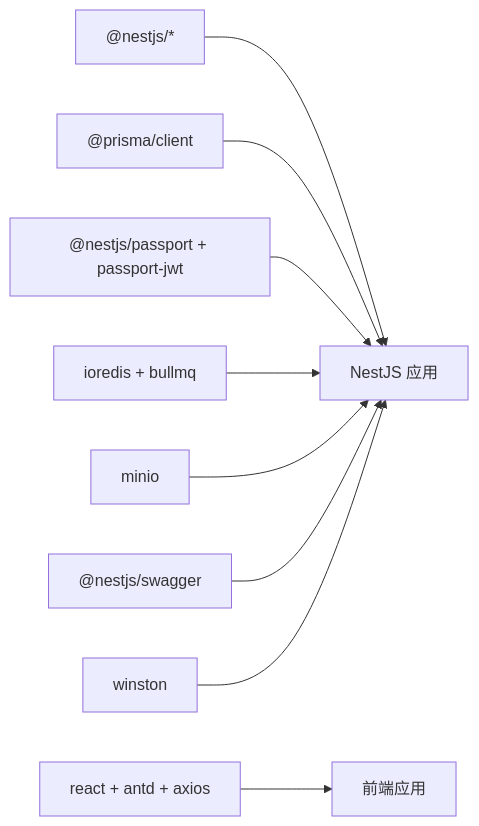
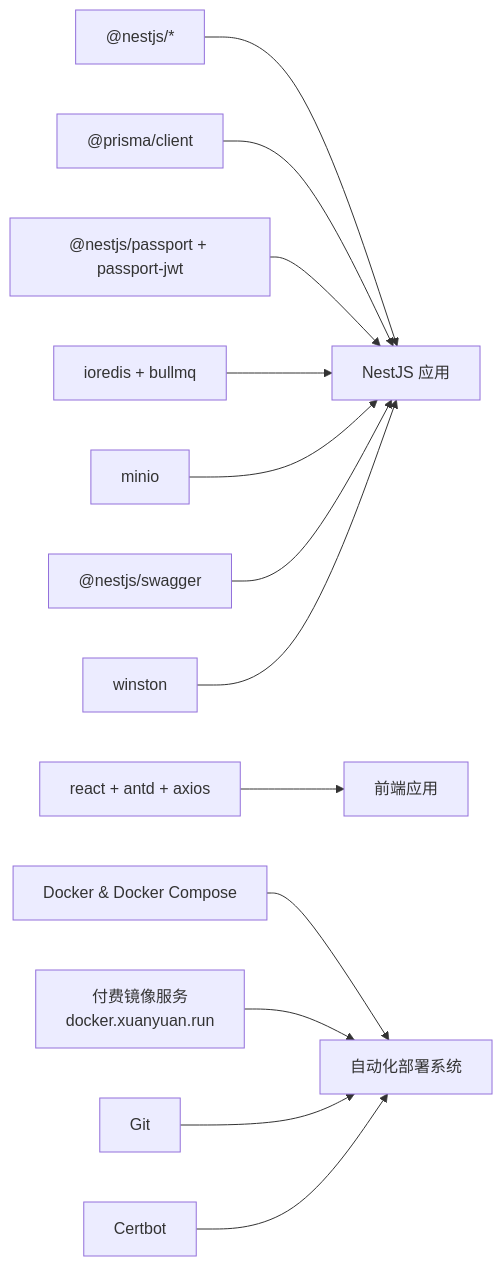
Diagram 15 of 15 in .qoder/repowiki/zh/content/部署运维.md (LouisFantansy/Budget_Mgt_Enterprise), drawn with Mermaid before and after one commit. The commit also changed other lines of this file and 10 other files, not shown here.

````diff
--- a/.qoder/repowiki/zh/content/部署运维.md
+++ b/.qoder/repowiki/zh/content/部署运维.md
@@ -440,11 +722,15 @@
 ```mermaid
 graph LR
 NEST["@nestjs/*"] --> APP["NestJS 应用"]
 PRISMA["@prisma/client"] --> APP
 PASS["@nestjs/passport + passport-jwt"] --> APP
 REDIS["ioredis + bullmq"] --> APP
 MINIO["minio"] --> APP
 SWAGGER["@nestjs/swagger"] --> APP
 WINSTON["winston"] --> APP
 REACT["react + antd + axios"] --> FRONT["前端应用"]
+DOCKER["Docker & Docker Compose"] --> AUTO["自动化部署系统"]
+MIRROR["付费镜像服务<br/>docker.xuanyuan.run"] --> AUTO
+GIT["Git"] --> AUTO
+CERTBOT["Certbot"] --> AUTO
 ```
````
